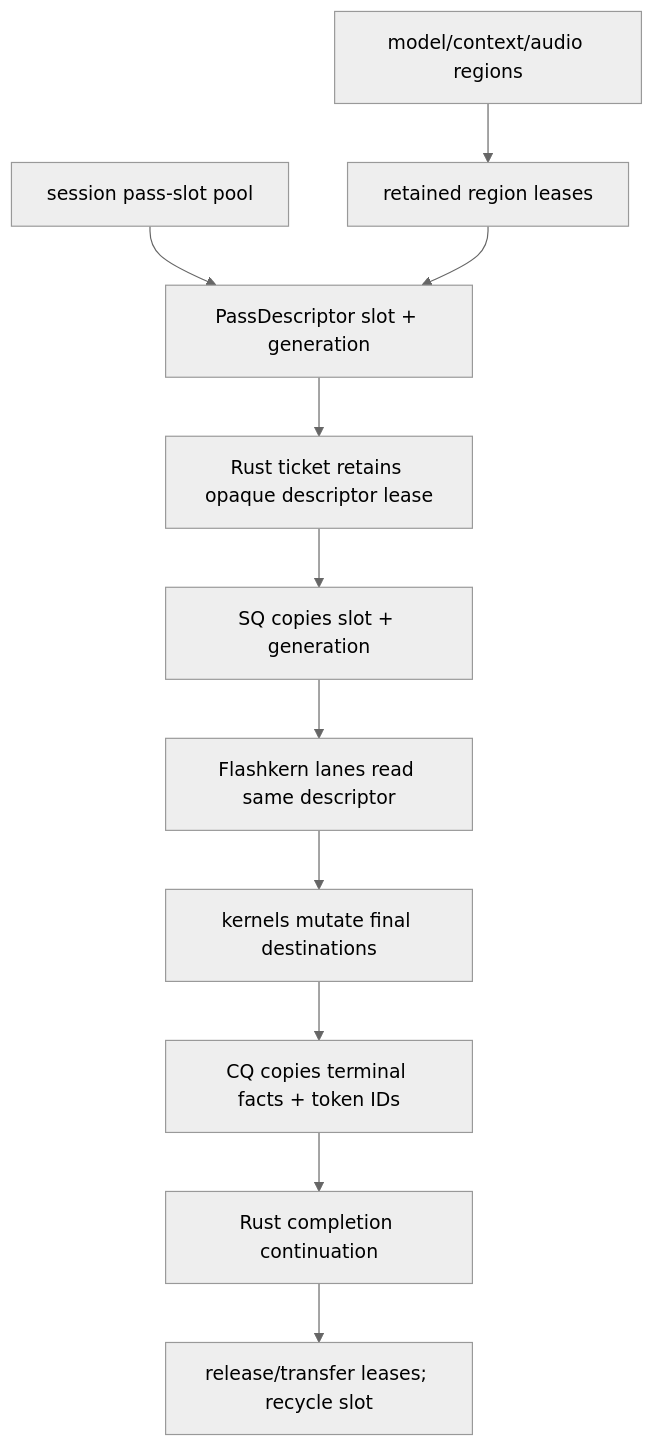
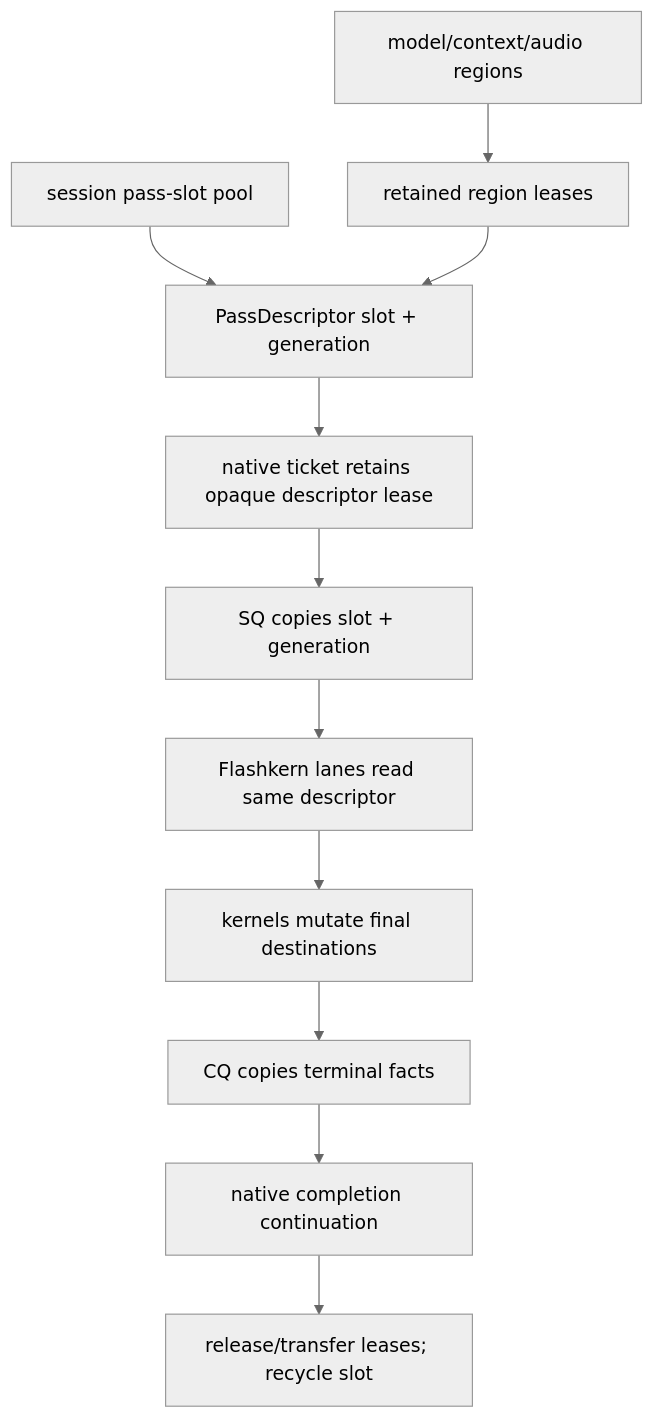
One commit to SolaceHarmony/emberharmony changed the third of 4 diagrams in specs/11-kcoro-native-migration/12-ticketed-orchestration-and-observability.md. Above: the diagram before and after it, drawn with Mermaid (neutral theme). The commit also changed other lines of this file and 36 other files, not shown here.

````diff
--- a/specs/11-kcoro-native-migration/12-ticketed-orchestration-and-observability.md
+++ b/specs/11-kcoro-native-migration/12-ticketed-orchestration-and-observability.md
@@ -288,13 +294,13 @@
 ```mermaid
 flowchart TB
     Pool["session pass-slot pool"] --> Slot["PassDescriptor slot + generation"]
     Regions["model/context/audio regions"] --> Lease["retained region leases"]
     Lease --> Slot
-    Slot --> Ticket["Rust ticket retains opaque descriptor lease"]
+    Slot --> Ticket["native ticket retains opaque descriptor lease"]
     Ticket --> SQ["SQ copies slot + generation"]
     SQ --> Lanes["Flashkern lanes read same descriptor"]
     Lanes --> Final["kernels mutate final destinations"]
-    Final --> CQ["CQ copies terminal facts + token IDs"]
-    CQ --> Callback["Rust completion continuation"]
+    Final --> CQ["CQ copies terminal facts"]
+    CQ --> Callback["native completion continuation"]
     Callback --> Release["release/transfer leases; recycle slot"]
 ```
````
